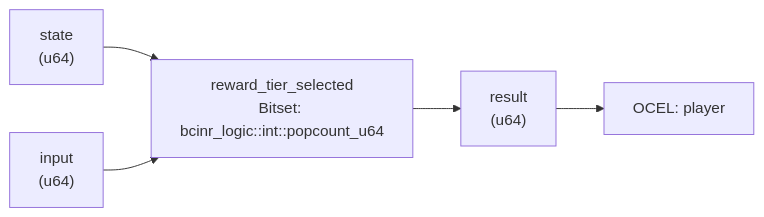
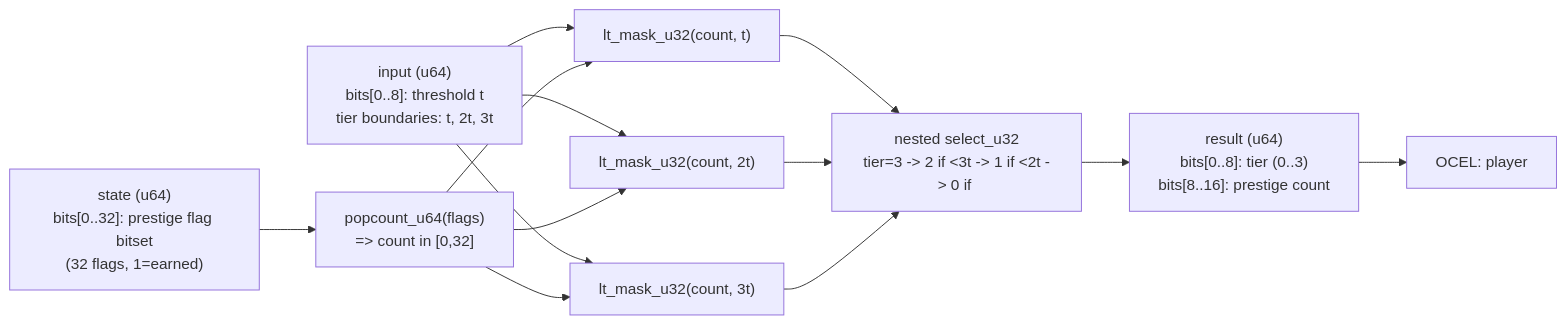
One commit to seanchatmangpt/bcinr changed the diagram in crates/wasm4games/docs/patterns/reward_tier_selected.md. Above: the diagram before and after it, drawn with Mermaid. The commit also changed other lines of this file and 36 other files, not shown here.

````diff
--- a/crates/wasm4games/docs/patterns/reward_tier_selected.md
+++ b/crates/wasm4games/docs/patterns/reward_tier_selected.md
@@ -56,12 +36,24 @@
 ```mermaid
 graph LR
-    state["state\n(u64)"]
-    input["input\n(u64)"]
-    kernel["reward_tier_selected\nBitset: bcinr_logic::int::popcount_u64"]
-    result["result\n(u64)"]
-    state --> kernel
-    input --> kernel
-    kernel --> result
+    state["state (u64)\nbits[0..32]: prestige flag bitset\n(32 flags, 1=earned)"]
+    input["input (u64)\nbits[0..8]: threshold t\ntier boundaries: t, 2t, 3t"]
+    popcount["popcount_u64(flags)\n=> count in [0,32]"]
+    lt1["lt_mask_u32(count, t)"]
+    lt2["lt_mask_u32(count, 2t)"]
+    lt3["lt_mask_u32(count, 3t)"]
+    select["nested select_u32\ntier=3 -> 2 if <3t -> 1 if <2t -> 0 if <t"]
+    result["result (u64)\nbits[0..8]: tier (0..3)\nbits[8..16]: prestige count"]
+    state --> popcount
+    input --> lt1
+    input --> lt2
+    input --> lt3
+    popcount --> lt1
+    popcount --> lt2
+    popcount --> lt3
+    lt1 --> select
+    lt2 --> select
+    lt3 --> select
+    select --> result
     ocel_0["OCEL: player"]
     result --> ocel_0
 ```
````
